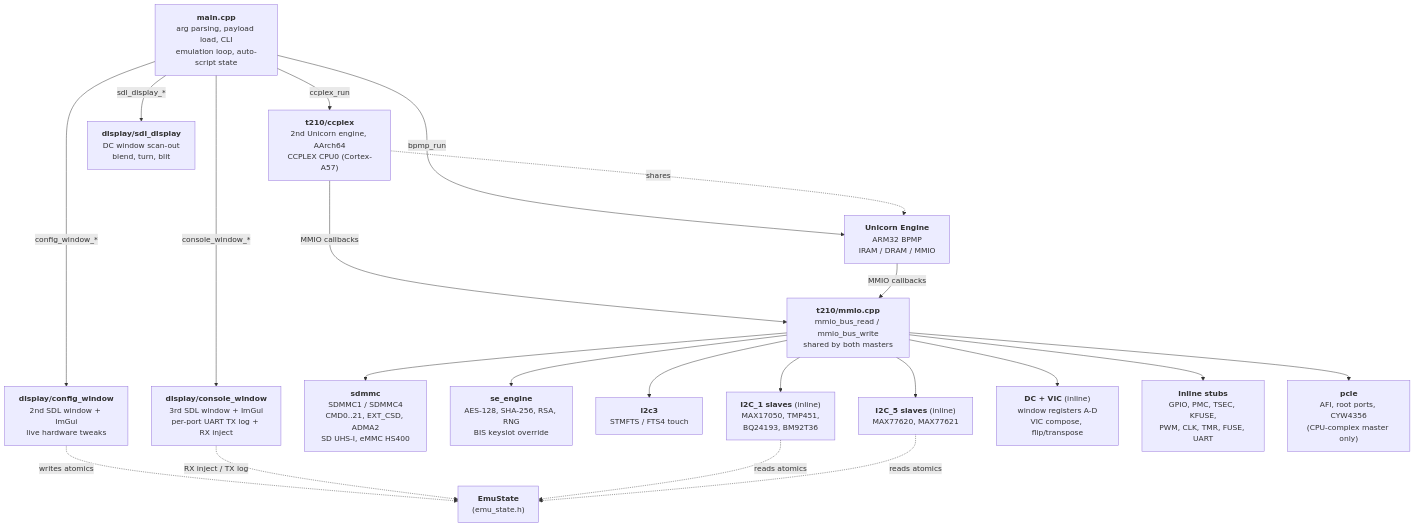
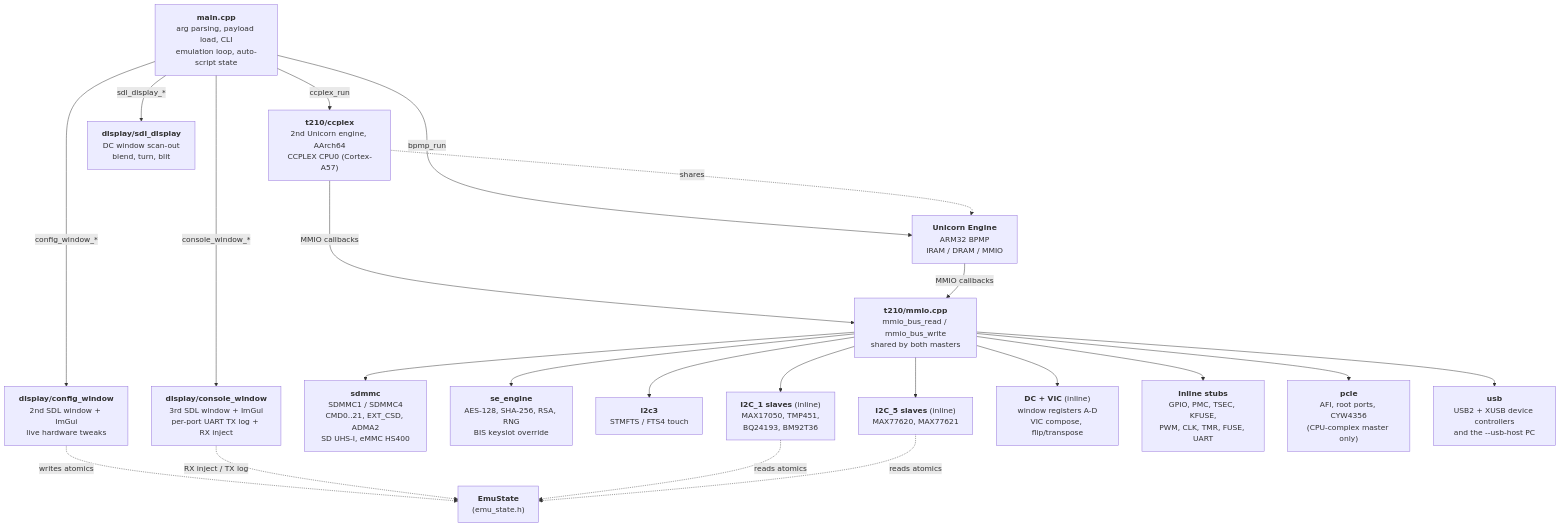
Before and after one commit to Creased/RCM-Emulator: the diagram in DESIGN.md, drawn with Mermaid. The commit also changed other lines of this file and 15 other files, not shown here.

First line of the commit message:
Model USB device mode, with an emulated PC on the cable

````diff
--- a/DESIGN.md
+++ b/DESIGN.md
@@ -9,28 +9,29 @@
 ```mermaid
 flowchart TB
     main["<b>main.cpp</b><br/>arg parsing, payload load, CLI<br/>emulation loop, auto-script state"]
 
     main -->|bpmp_run| uc["<b>Unicorn Engine</b><br/>ARM32 BPMP<br/>IRAM / DRAM / MMIO"]
     main -->|ccplex_run| a57["<b>t210/ccplex</b><br/>2nd Unicorn engine, AArch64<br/>CCPLEX CPU0 (Cortex-A57)"]
     a57 -->|MMIO callbacks| mmio
     a57 -.->|shares| uc
     main -->|sdl_display_*| sdl["<b>display/sdl_display</b><br/>DC window scan-out<br/>blend, turn, blit"]
     main -->|config_window_*| cfg["<b>display/config_window</b><br/>2nd SDL window + ImGui<br/>live hardware tweaks"]
     main -->|console_window_*| con["<b>display/console_window</b><br/>3rd SDL window + ImGui<br/>per-port UART TX log + RX inject"]
 
     uc -->|MMIO callbacks| mmio["<b>t210/mmio.cpp</b><br/>mmio_bus_read / mmio_bus_write<br/>shared by both masters"]
 
     mmio --> sdmmc["<b>sdmmc</b><br/>SDMMC1 / SDMMC4<br/>CMD0..21, EXT_CSD, ADMA2<br/>SD UHS-I, eMMC HS400"]
     mmio --> se["<b>se_engine</b><br/>AES-128, SHA-256, RSA, RNG<br/>BIS keyslot override"]
     mmio --> i2c["<b>i2c3</b><br/>STMFTS / FTS4 touch"]
     mmio --> i2c1["<b>I2C_1 slaves</b> (inline)<br/>MAX17050, TMP451,<br/>BQ24193, BM92T36"]
     mmio --> i2c5["<b>I2C_5 slaves</b> (inline)<br/>MAX77620, MAX77621"]
     mmio --> dc["<b>DC + VIC</b> (inline)<br/>window registers A-D<br/>VIC compose, flip/transpose"]
     mmio --> stubs["<b>inline stubs</b><br/>GPIO, PMC, TSEC, KFUSE,<br/>PWM, CLK, TMR, FUSE, UART"]
     mmio --> pcie["<b>pcie</b><br/>AFI, root ports, CYW4356<br/>(CPU-complex master only)"]
+    mmio --> usb["<b>usb</b><br/>USB2 + XUSB device controllers<br/>and the --usb-host PC"]
 
     cfg -.->|writes atomics| state["<b>EmuState</b><br/>(emu_state.h)"]
     con -.->|RX inject / TX log| state
     i2c1 -.->|reads atomics| state
     i2c5 -.->|reads atomics| state
 ```
````
